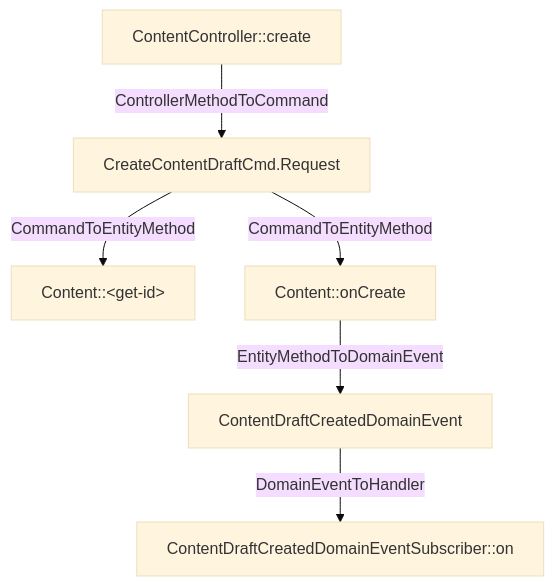
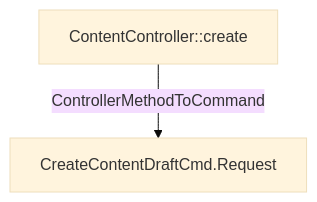
One commit to LDmoxeii/cap4k-reference-content-studio changed the diagram in analysis/flows/com_only4_cap4k_reference_contentstudio_adapter_http_ContentController_create.mmd. Above: the diagram before and after it, drawn with Mermaid (base theme). The commit also changed 44 other files, not shown here.

```diff
--- a/analysis/flows/com_only4_cap4k_reference_contentstudio_adapter_http_ContentController_create.mmd
+++ b/analysis/flows/com_only4_cap4k_reference_contentstudio_adapter_http_ContentController_create.mmd
@@ -1,12 +1,4 @@
 flowchart TD
   N1[ContentController::create]
   N2[CreateContentDraftCmd.Request]
-  N3[ContentDraftCreatedDomainEventSubscriber::on]
-  N4[Content::&lt;get-id&gt;]
-  N5[Content::onCreate]
-  N6[ContentDraftCreatedDomainEvent]
   N1 -->|ControllerMethodToCommand| N2
-  N2 -->|CommandToEntityMethod| N4
-  N2 -->|CommandToEntityMethod| N5
-  N5 -->|EntityMethodToDomainEvent| N6
-  N6 -->|DomainEventToHandler| N3
```
